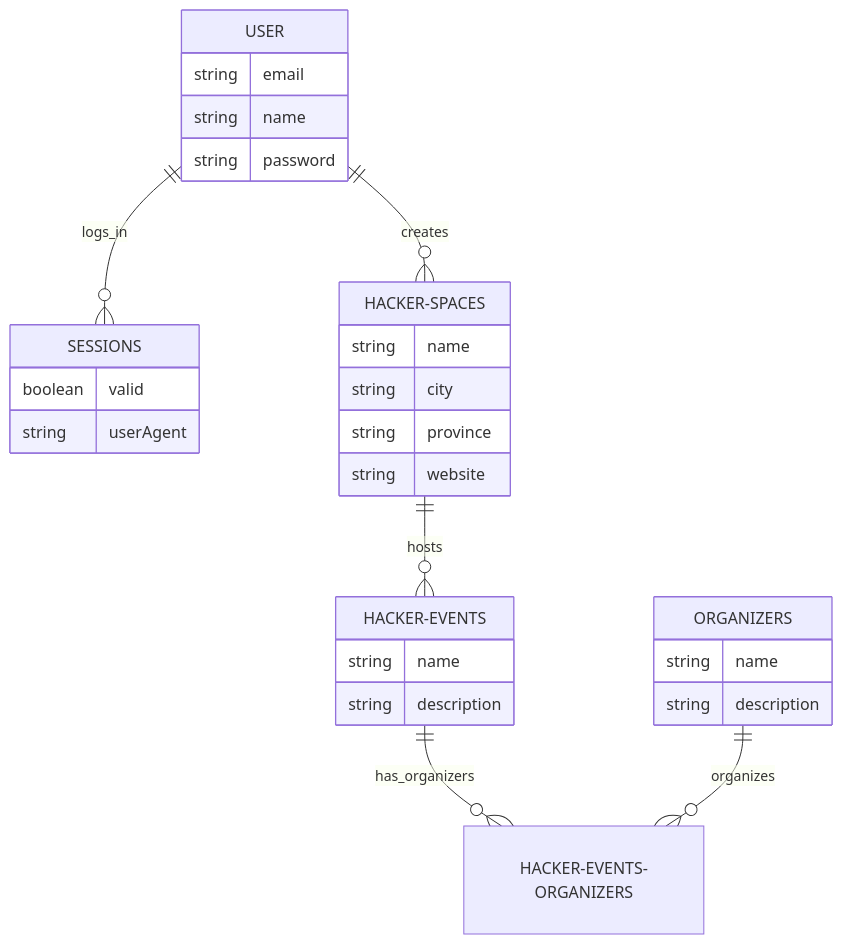
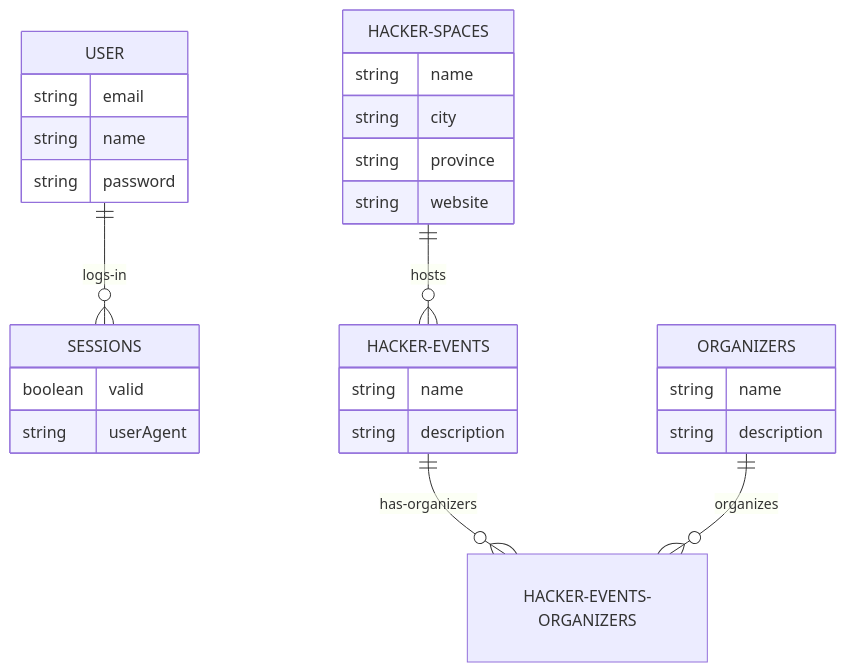
Before and after one commit to hackhub-nl/hackhub-api-poc: the diagram in README.md, drawn with Mermaid. The commit also changed other lines of this file, not shown here.

Commit message:
docs: updated ER diagram

````diff
--- a/README.md
+++ b/README.md
@@ -24,33 +24,32 @@
 ```mermaid
 erDiagram
-    USER ||--o{ SESSIONS : logs_in
-    USER ||--o{ HACKER-SPACES : creates
+    USER ||--o{ SESSIONS : logs-in
     USER {
         string email
         string name
         string password
     }
     SESSIONS
     SESSIONS {
         boolean valid
         string userAgent
     }
     HACKER-EVENTS-ORGANIZERS {}
-    HACKER-EVENTS ||--o{ HACKER-EVENTS-ORGANIZERS : has_organizers 
+    HACKER-EVENTS ||--o{ HACKER-EVENTS-ORGANIZERS : has-organizers 
     HACKER-EVENTS {
         string name
         string description
     }
     HACKER-SPACES ||--o{ HACKER-EVENTS : hosts 
     HACKER-SPACES {
         string name
         string city
         string province
         string website
     }
     ORGANIZERS ||--o{ HACKER-EVENTS-ORGANIZERS : organizes
     ORGANIZERS {
         string name
         string description
     }
 ```
````
